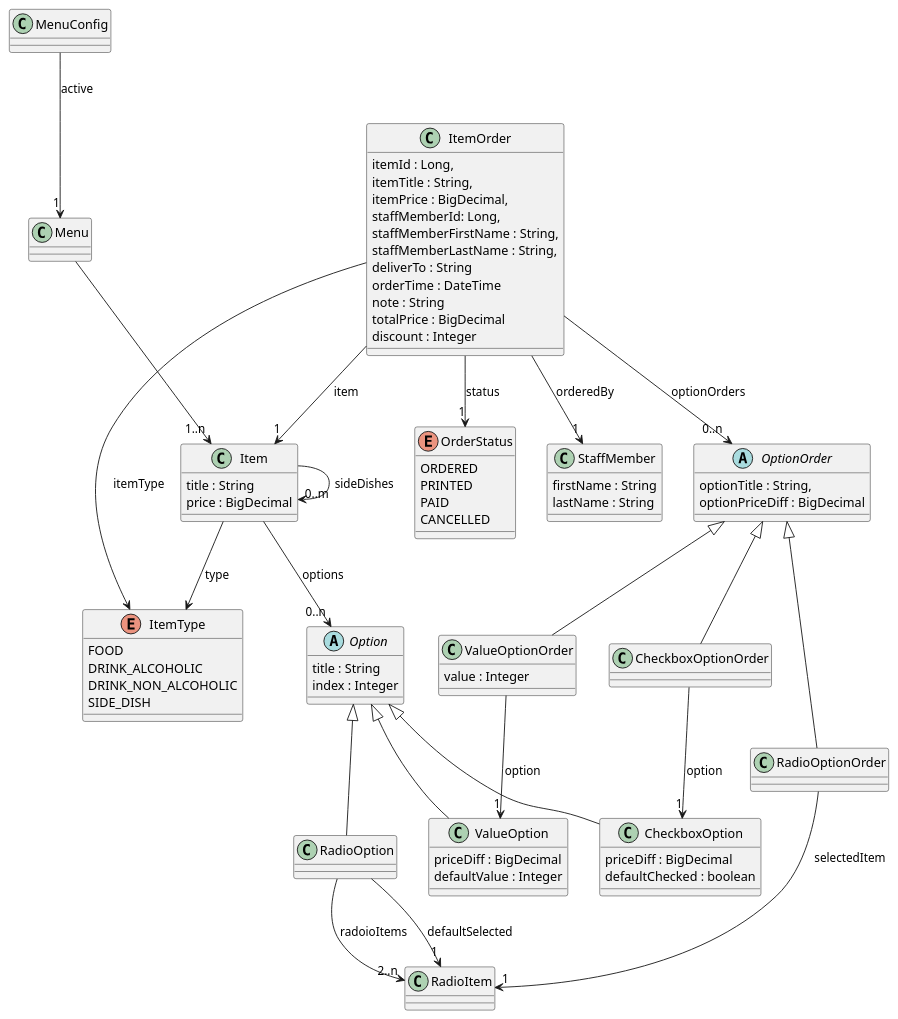
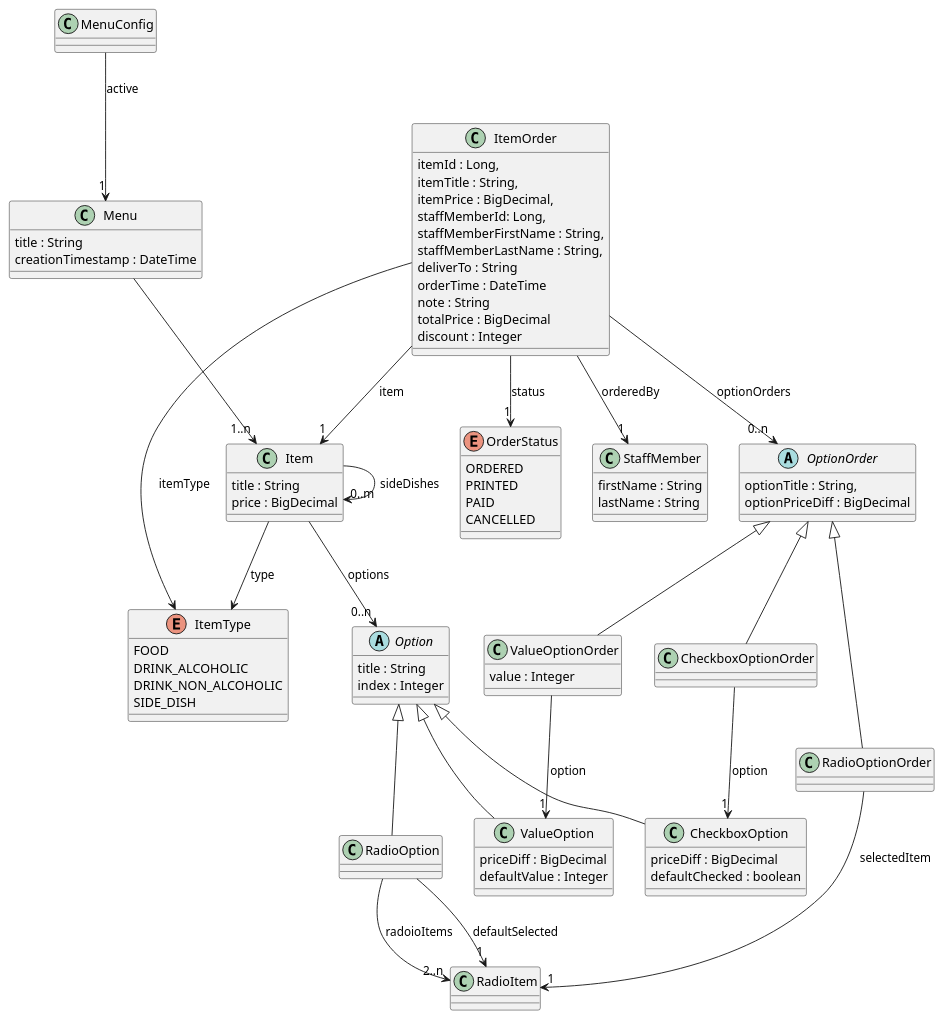
Before and after one commit to clboettcher/bonappetit: the diagram in bonappetit-documentation/src/docs/asciidoc/development/domain_model.adoc, drawn with PlantUML. The commit also changed 5 other files, not shown here.

Commit message:
Closes #33 Added creation timestamp and title to menu entity

```diff
--- a/bonappetit-documentation/src/docs/asciidoc/development/domain_model.adoc
+++ b/bonappetit-documentation/src/docs/asciidoc/development/domain_model.adoc
@@ -9,7 +9,11 @@
 ' Menu & Item
 '''''''''''''''''''''''''''''''''''''''''''''''''''''''''''''''''''''''''''''''''''''''''''''''''''''''''''''''''''''''
 class MenuConfig
-class Menu
+class Menu {
+    title : String
+    creationTimestamp : DateTime
+}
+
 class Item {
     title : String
     price : BigDecimal
```
